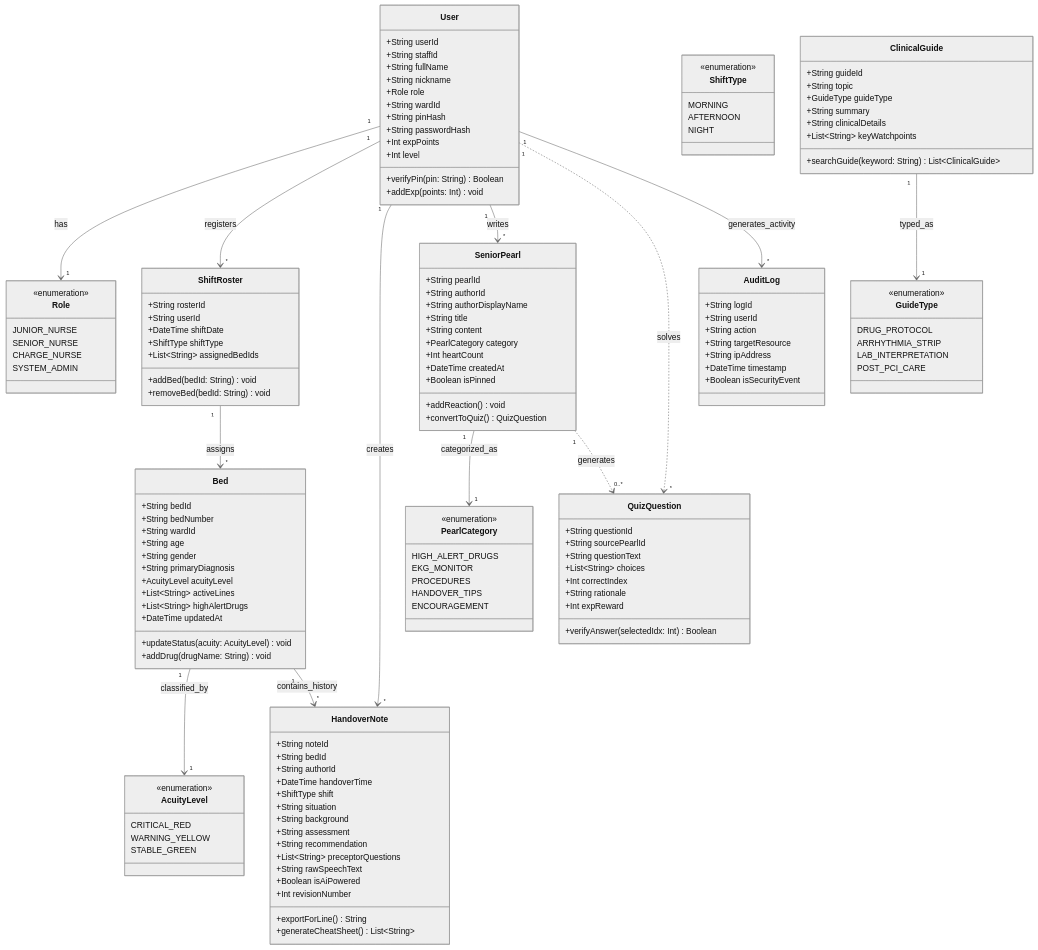
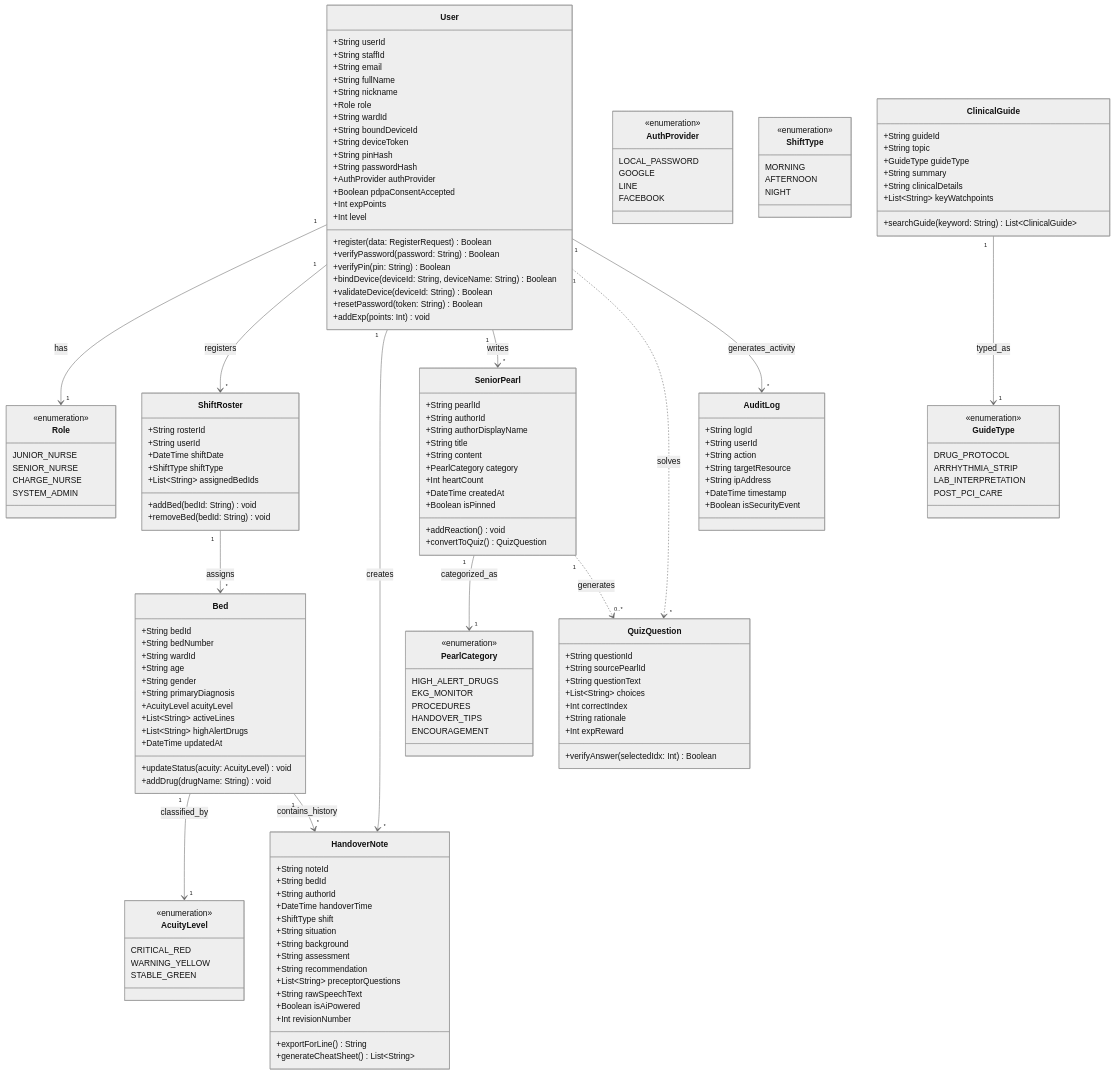
One commit to superxsiwa/the-note-nurse changed the diagram in documents/CLASS_DIAGRAM.md. Above: the diagram before and after it, drawn with Mermaid (neutral theme). The commit also changed 6 other files, not shown here.

```diff
--- a/documents/CLASS_DIAGRAM.md
+++ b/documents/CLASS_DIAGRAM.md
@@ -14,16 +14,34 @@
     class User {
         +String userId
         +String staffId
+        +String email
         +String fullName
         +String nickname
         +Role role
         +String wardId
+        +String boundDeviceId
+        +String deviceToken
         +String pinHash
         +String passwordHash
+        +AuthProvider authProvider
+        +Boolean pdpaConsentAccepted
         +Int expPoints
         +Int level
+        +register(data: RegisterRequest) Boolean
+        +verifyPassword(password: String) Boolean
         +verifyPin(pin: String) Boolean
+        +bindDevice(deviceId: String, deviceName: String) Boolean
+        +validateDevice(deviceId: String) Boolean
+        +resetPassword(token: String) Boolean
         +addExp(points: Int) void
+    }
+
+    class AuthProvider {
+        <<enumeration>>
+        LOCAL_PASSWORD
+        GOOGLE
+        LINE
+        FACEBOOK
     }
 
     class Role {
```
